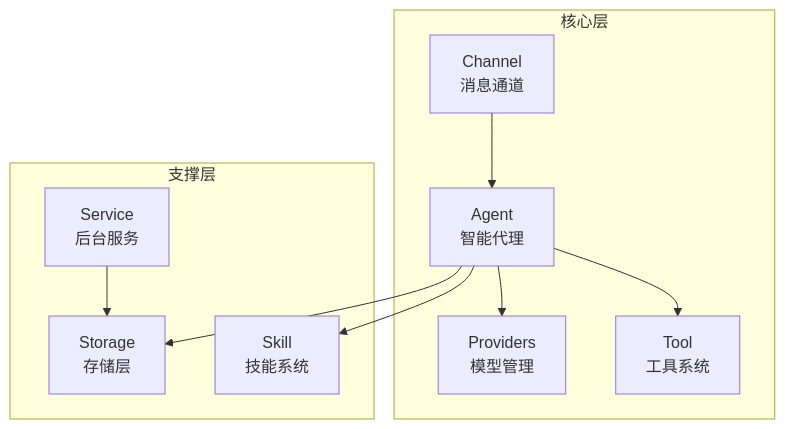
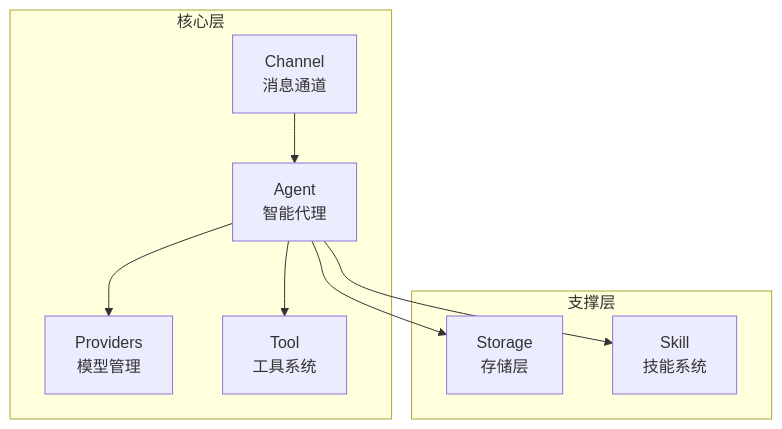
The second of 4 diagrams in docs/guide/architecture.md (jesspig/micro-agent), drawn with Mermaid before and after one commit. The commit also changed other lines of this file and 34 other files, not shown here.

````diff
--- a/docs/guide/architecture.md
+++ b/docs/guide/architecture.md
@@ -85,22 +83,20 @@
 ```mermaid
 graph TB
     subgraph 核心层
         Agent[Agent<br/>智能代理]
         Providers[Providers<br/>模型管理]
         Tools[Tool<br/>工具系统]
         Channels[Channel<br/>消息通道]
     end
     
     subgraph 支撑层
         Storage[Storage<br/>存储层]
         Skills[Skill<br/>技能系统]
-        Services[Service<br/>后台服务]
     end
     
     Agent --> Providers
     Agent --> Tools
     Agent --> Storage
     Agent --> Skills
     Channels --> Agent
-    Services --> Storage
 ```
````
